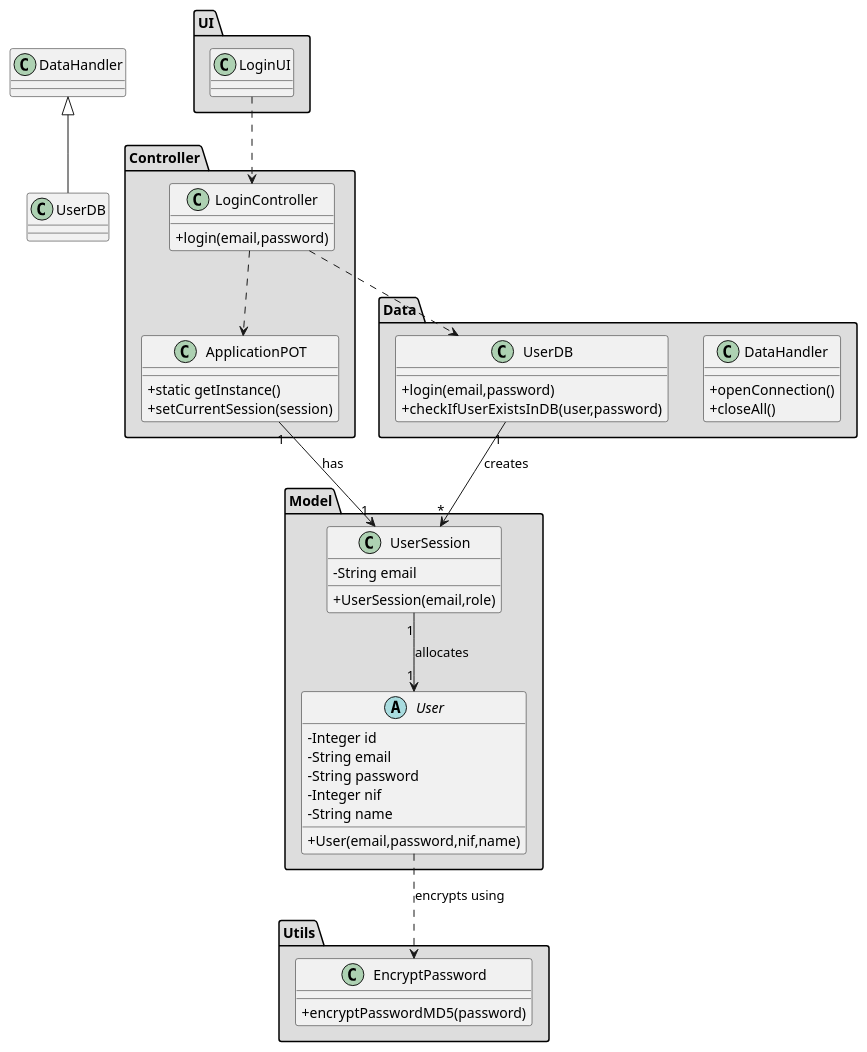
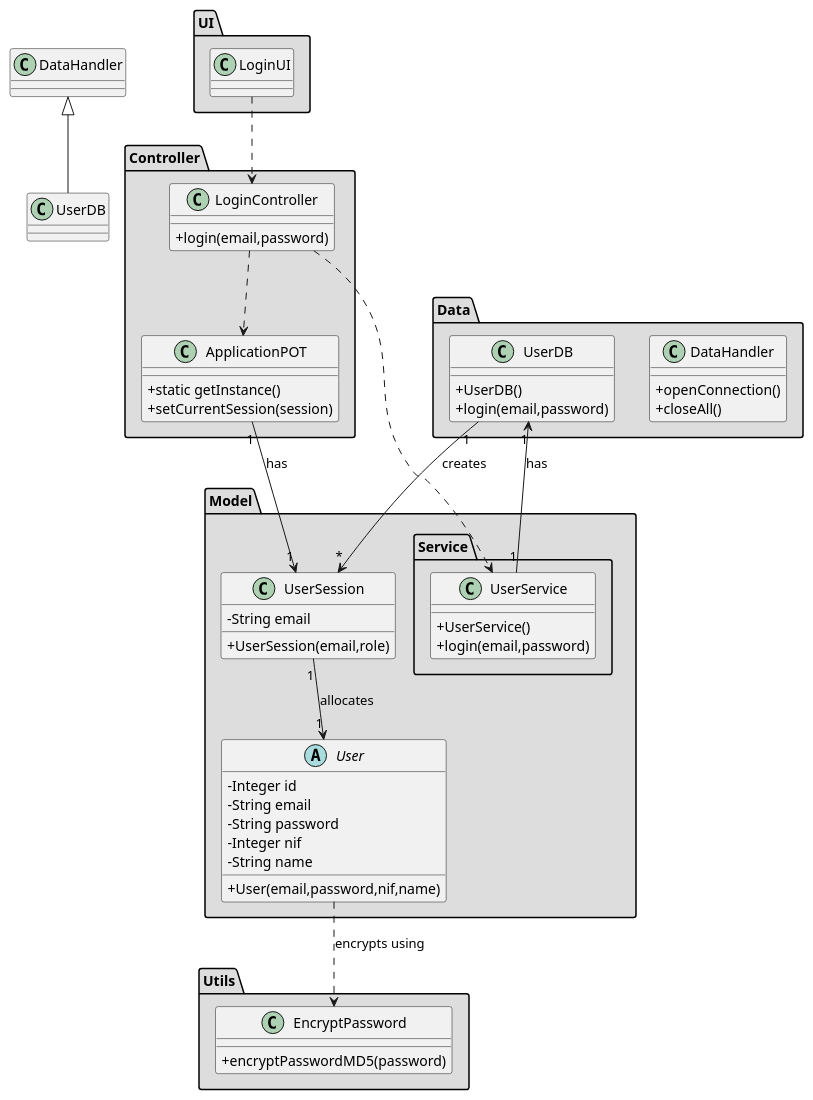
The diagram in docs/Iteration 2/User Management/Refinement/US67_Login/US67_CD.puml (tiagoavcosta25/LAPR3), drawn with PlantUML before and after one commit. The commit also changed 10 other files, not shown here.

```diff
--- a/docs/Iteration 2/User Management/Refinement/US67_Login/US67_CD.puml
+++ b/docs/Iteration 2/User Management/Refinement/US67_Login/US67_CD.puml
@@ -1,83 +1,95 @@
 @startuml
 skinparam classAttributeIconSize 0
 
 
 package "Controller" #DDDDDD {
 class ApplicationPOT
 {
   +static getInstance()
   +setCurrentSession(session)
 }
 }
 
 
 package "UI" #DDDDDD {
 class LoginUI{
 
 }
 }
 
 
 package "Controller" #DDDDDD {
 class LoginController{
 +login(email,password)
 }
 }
 
 
 
 
 
 
 package "Model" #DDDDDD {
 abstract class User{
 -Integer id
 -String email
 -String password
 -Integer nif
 -String name
 +User(email,password,nif,name)
 }
 
+package "Service" #DDDDDD {
+
+class UserService {
++UserService()
++login(email,password)
+}
+
+}
+
 class UserSession{
 -String email
 +UserSession(email,role)
 }
 
 
 
 
 }
 
 
 package "Data" #DDDDDD {
 class DataHandler{
 +openConnection()
 +closeAll()
 }
 
  class UserDB{
+ +UserDB()
  +login(email,password)
- +checkIfUserExistsInDB(user,password)
  }
 
 }
 
 package "Utils" #DDDDDD {
 class EncryptPassword {
 +encryptPasswordMD5(password)
 }
 
 }
 
 
+
+
 LoginUI ..> LoginController
 LoginController ..> ApplicationPOT
-LoginController ..> UserDB
+LoginController ..> UserService
+UserService "1" --> "1" UserDB : has
 UserDB "1" --> "*" UserSession : creates
 class UserDB extends DataHandler
 ApplicationPOT "1" --> "1" UserSession : has
 UserSession "1" --> "1" User : allocates
 User ..> EncryptPassword : encrypts using
 
 @enduml
```
